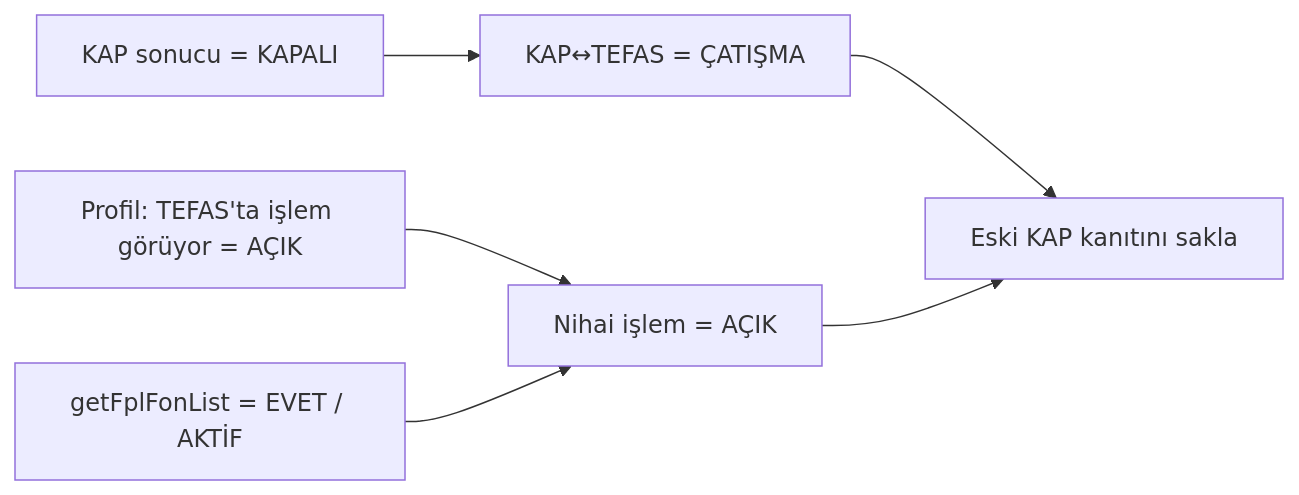
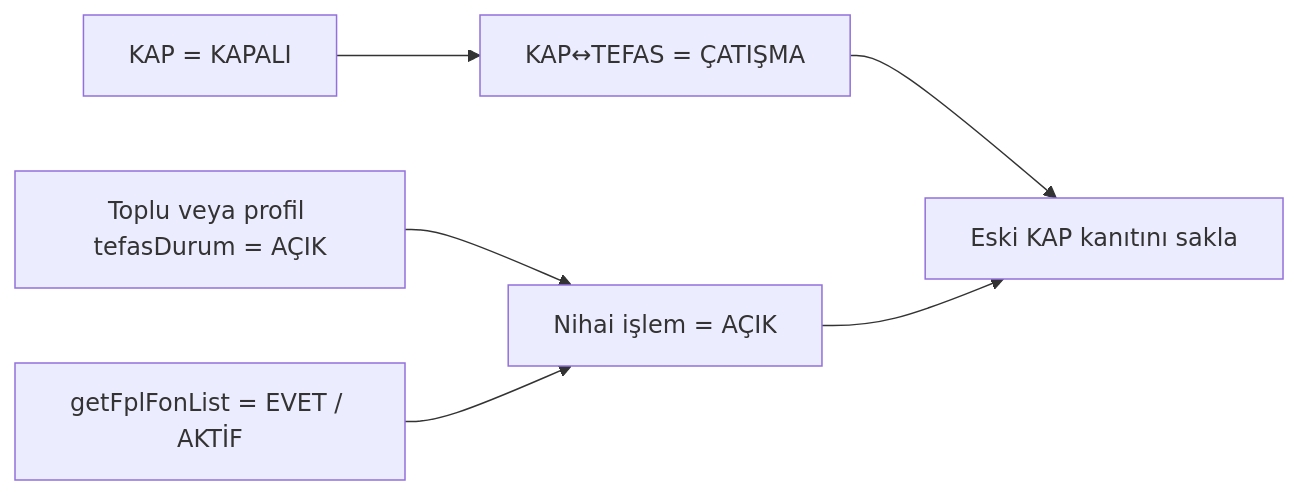
The ninth of 18 diagrams in README.md (egemenkarabulut/PiyasaNabzi-KAP-YAT), drawn with Mermaid before and after one commit. The commit also changed other lines of this file and 3 other files, not shown here.

````diff
--- a/README.md
+++ b/README.md
@@ -378,8 +369,8 @@
 ```mermaid
 flowchart LR
-    A["KAP sonucu = KAPALI"] --> D["KAP↔TEFAS = ÇATIŞMA"]
-    B["Profil: TEFAS'ta işlem görüyor = AÇIK"] --> E["Nihai işlem = AÇIK"]
+    A["KAP = KAPALI"] --> D["KAP↔TEFAS = ÇATIŞMA"]
+    B["Toplu veya profil tefasDurum = AÇIK"] --> E["Nihai işlem = AÇIK"]
     C["getFplFonList = EVET / AKTİF"] --> E
     D --> F["Eski KAP kanıtını sakla"]
     E --> F
 ```
````
